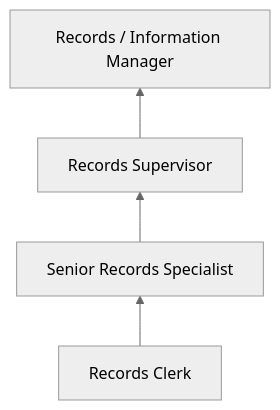
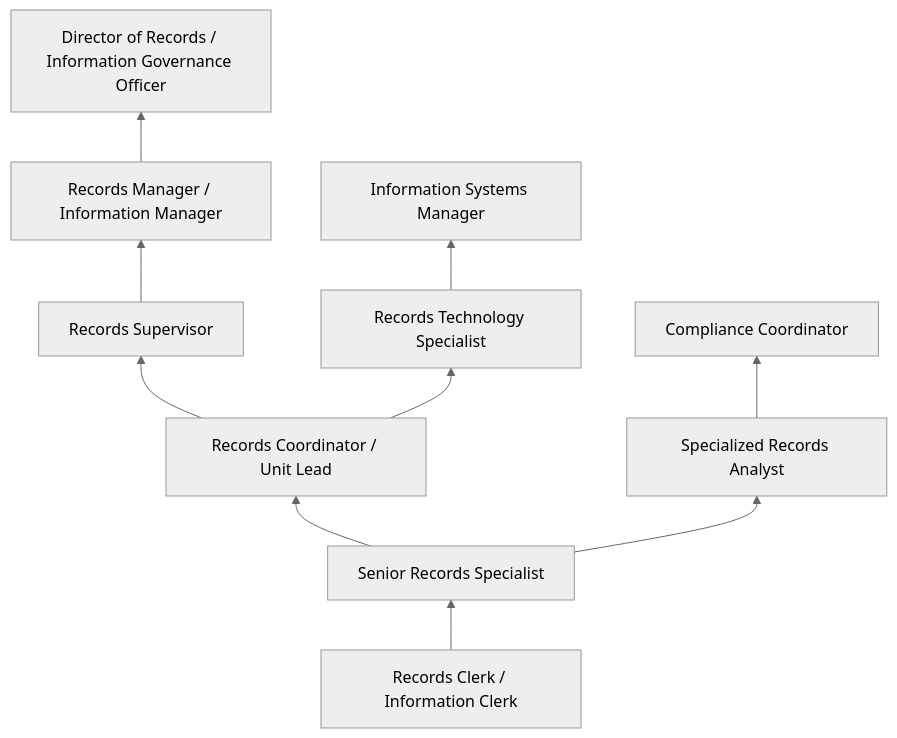
One commit to kziemski/business.org.ai changed the third of 4 diagrams in occupations/Administrative/InformationAndRecordClerks.mdx. Above: the diagram before and after it, drawn with Mermaid (neutral theme). The commit also changed other lines of this file and 19 other files, not shown here.

````diff
--- a/occupations/Administrative/InformationAndRecordClerks.mdx
+++ b/occupations/Administrative/InformationAndRecordClerks.mdx
@@ -74,6 +136,14 @@
 ```mermaid
 graph BT
-    Entry["Records Clerk"] --> Mid["Senior Records Specialist"]
-    Mid --> Supervisor["Records Supervisor"]
-    Supervisor --> Manager["Records / Information Manager"]
+    Entry["Records Clerk / Information Clerk"] --> Mid["Senior Records Specialist"]
+    Mid --> Lead["Records Coordinator / Unit Lead"]
+    Lead --> Supervisor["Records Supervisor"]
+    Supervisor --> Manager["Records Manager / Information Manager"]
+    Manager --> Director["Director of Records / Information Governance Officer"]
+
+    Mid --> Specialist["Specialized Records Analyst"]
+    Specialist --> Compliance["Compliance Coordinator"]
+
+    Lead --> Tech["Records Technology Specialist"]
+    Tech --> Systems["Information Systems Manager"]
 ```
````
